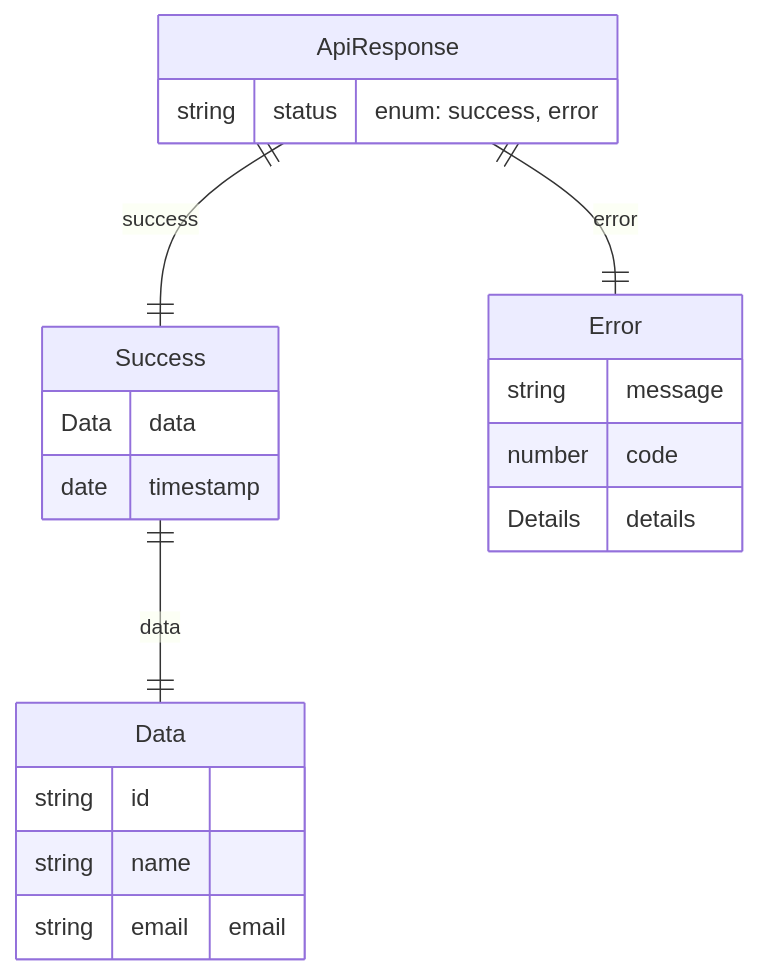
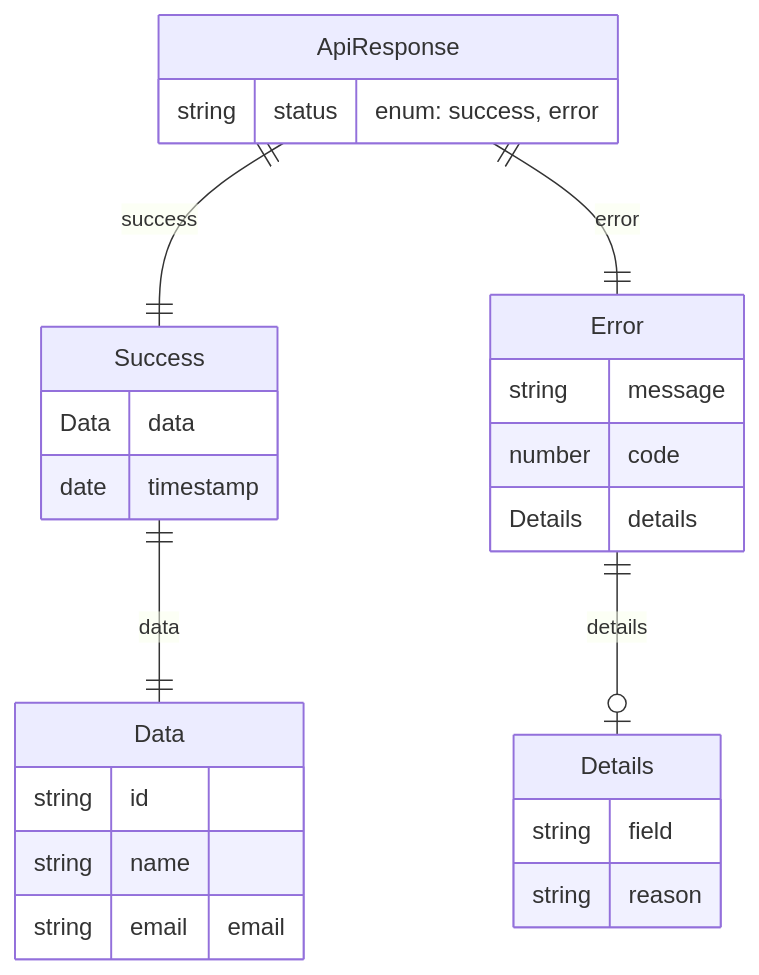
Before and after one commit to kothar/zod-mermaid: the eighth of 19 diagrams in examples/mermaid-examples.md, drawn with Mermaid. The commit also changed other lines of this file and 21 other files, not shown here.

Commit message:
fix: correct Mermaid syntax and expand Zod type support (#5)

````diff
--- a/examples/mermaid-examples.md
+++ b/examples/mermaid-examples.md
@@ -247,23 +247,28 @@
 ```mermaid
 erDiagram
     ApiResponse {
         string status "enum: success, error"
     }
     Success {
         Data data
         date timestamp
     }
     Data {
         string id
         string name
         string email "email"
     }
     Error {
         string message
         number code
         Details details
     }
-    Success ||--|| Data : "data"
+    Details {
+        string field
+        string reason
+    }
     ApiResponse ||--|| Success : "success"
     ApiResponse ||--|| Error : "error"
+    Success ||--|| Data : "data"
+    Error ||--o| Details : "details"
 ```
````
